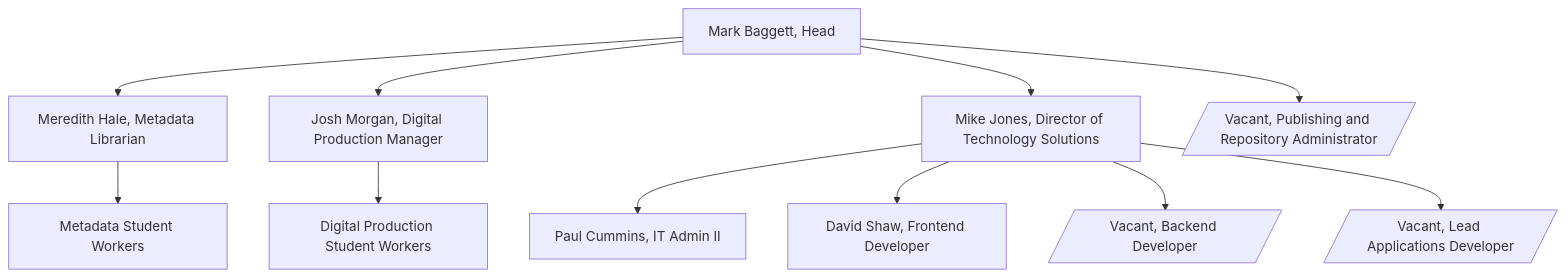
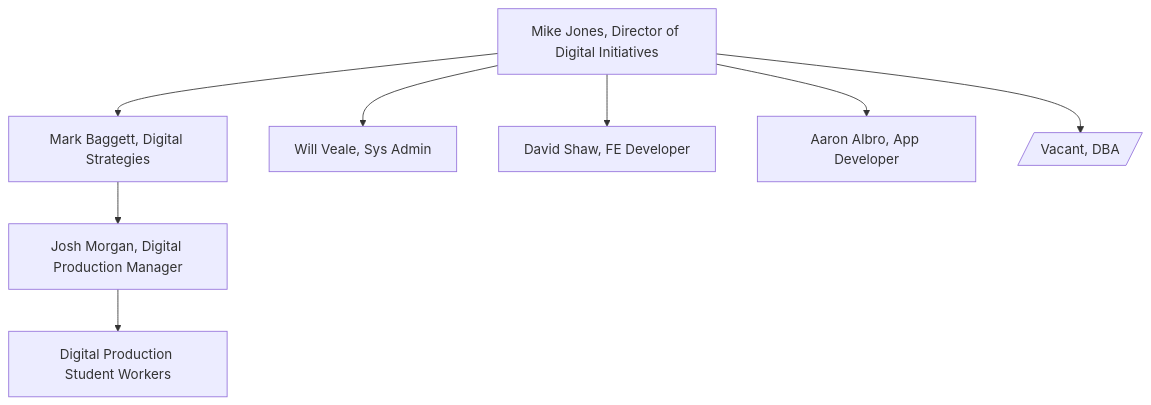
One commit to utkdigitalinitiatives/.github changed the diagram in profile/README.md. Above: the diagram before and after it, drawn with Mermaid. The commit also changed other lines of this file, not shown here.

First line of the commit message:
Department changes and add Aaron

````diff
--- a/profile/README.md
+++ b/profile/README.md
@@ -36,14 +30,11 @@
 ```mermaid
 
 graph TD
-    MB[Mark Baggett, Head] --> MH[Meredith Hale, Metadata Librarian]
-    MB[Mark Baggett, Head] --> JM[Josh Morgan, Digital Production Manager]
-    MB[Mark Baggett, Head] --> MJ[Mike Jones, Director of Technology Solutions]
-    MB[Mark Baggett, Head] --> PRA[/Vacant, Publishing and Repository Administrator/]
-    MJ[Mike Jones, Director of Technology Solutions] --> PC[Paul Cummins, IT Admin II]
-    MJ[Mike Jones, Director of Technology Solutions] --> DS[David Shaw, Frontend Developer]
-    MJ[Mike Jones, Director of Technology Solutions] --> BED[/Vacant, Backend Developer/]
-    MJ[Mike Jones, Director of Technology Solutions] --> LAD[/Vacant, Lead Applications Developer/]
-    MH[Meredith Hale, Metadata Librarian] --> MS[Metadata Student Workers]
-    JM[Josh Morgan, Digital Production Manager] --> DPS[Digital Production Student Workers]
+    MJ[Mike Jones, Director of Digital Initiatives] --> MB[Mark Baggett, Digital Strategies]
+    MB --> JM[Josh Morgan, Digital Production Manager]
+    MJ --> WV[Will Veale, Sys Admin]
+    MJ --> DS[David Shaw, FE Developer]
+    MJ --> AA[Aaron Albro, App Developer]
+    MJ --> DBA[/Vacant, DBA/]
+    JM --> DPS[Digital Production Student Workers]
 ```
````
